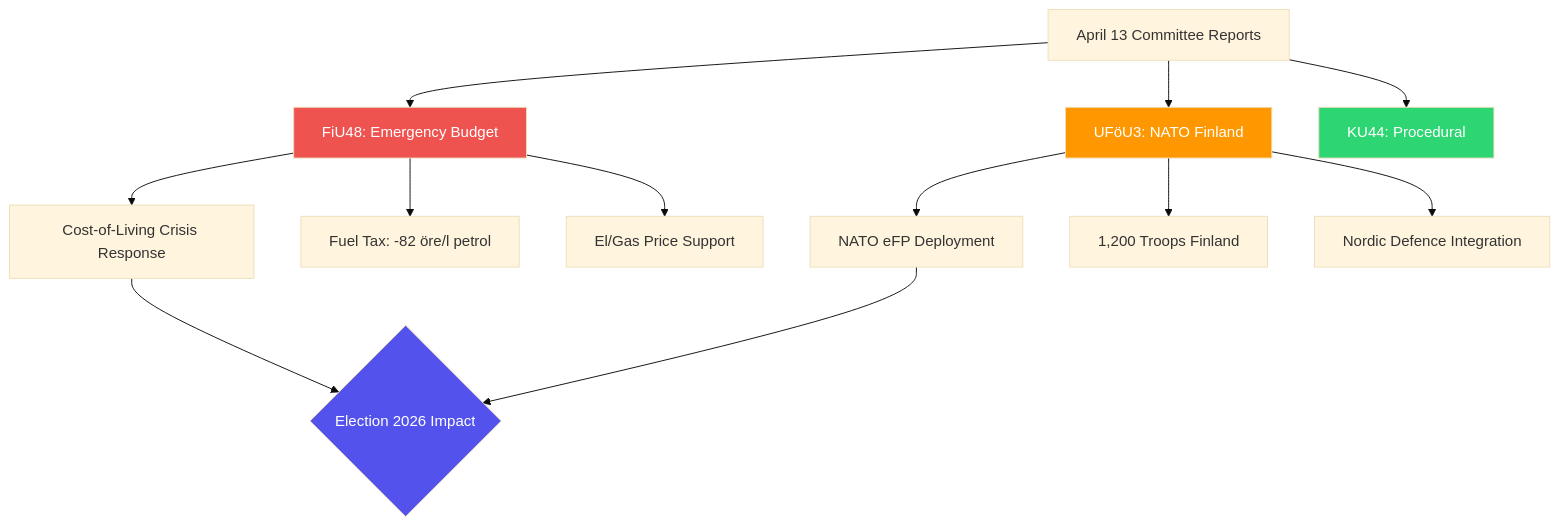
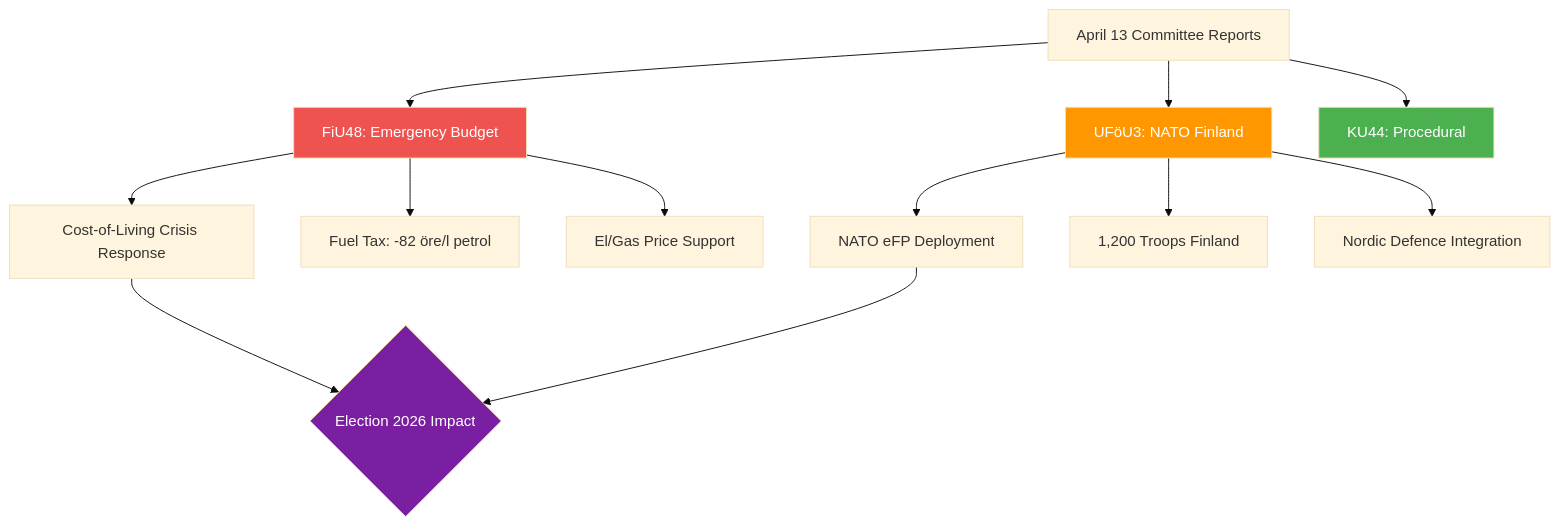
The diagram in analysis/daily/2026-04-14/committeeReports/synthesis-summary.md (Hack23/riksdagsmonitor), drawn with Mermaid (base theme) before and after one commit. The commit also changed 121 other files, not shown here.

````diff
--- a/analysis/daily/2026-04-14/committeeReports/synthesis-summary.md
+++ b/analysis/daily/2026-04-14/committeeReports/synthesis-summary.md
@@ -32,22 +32,22 @@
 ```mermaid
 graph TD
     A[April 13 Committee Reports] --> B[FiU48: Emergency Budget]
     A --> C[UFöU3: NATO Finland]
     A --> D[KU44: Procedural]
 
     B --> E[Cost-of-Living Crisis Response]
     B --> F[Fuel Tax: -82 öre/l petrol]
     B --> G[El/Gas Price Support]
 
     C --> H[NATO eFP Deployment]
     C --> I[1,200 Troops Finland]
     C --> J[Nordic Defence Integration]
 
     E --> K{Election 2026 Impact}
     H --> K
 
     style B fill:#EF5350,color:#FFFFFF
     style C fill:#FF9800,color:#FFFFFF
-    style D fill:#2ed573,color:#FFFFFF
-    style K fill:#5352ed,color:#FFFFFF
+    style D fill:#4CAF50,color:#FFFFFF
+    style K fill:#7B1FA2,color:#FFFFFF
 ```
````
